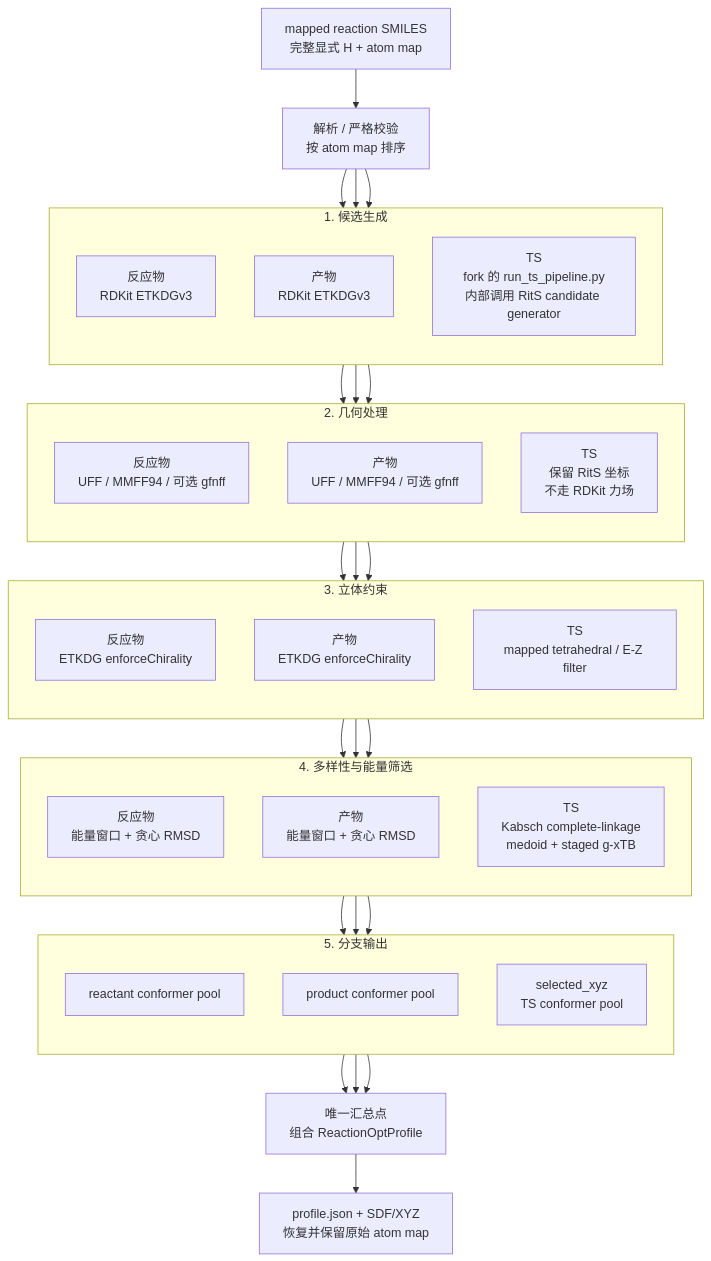
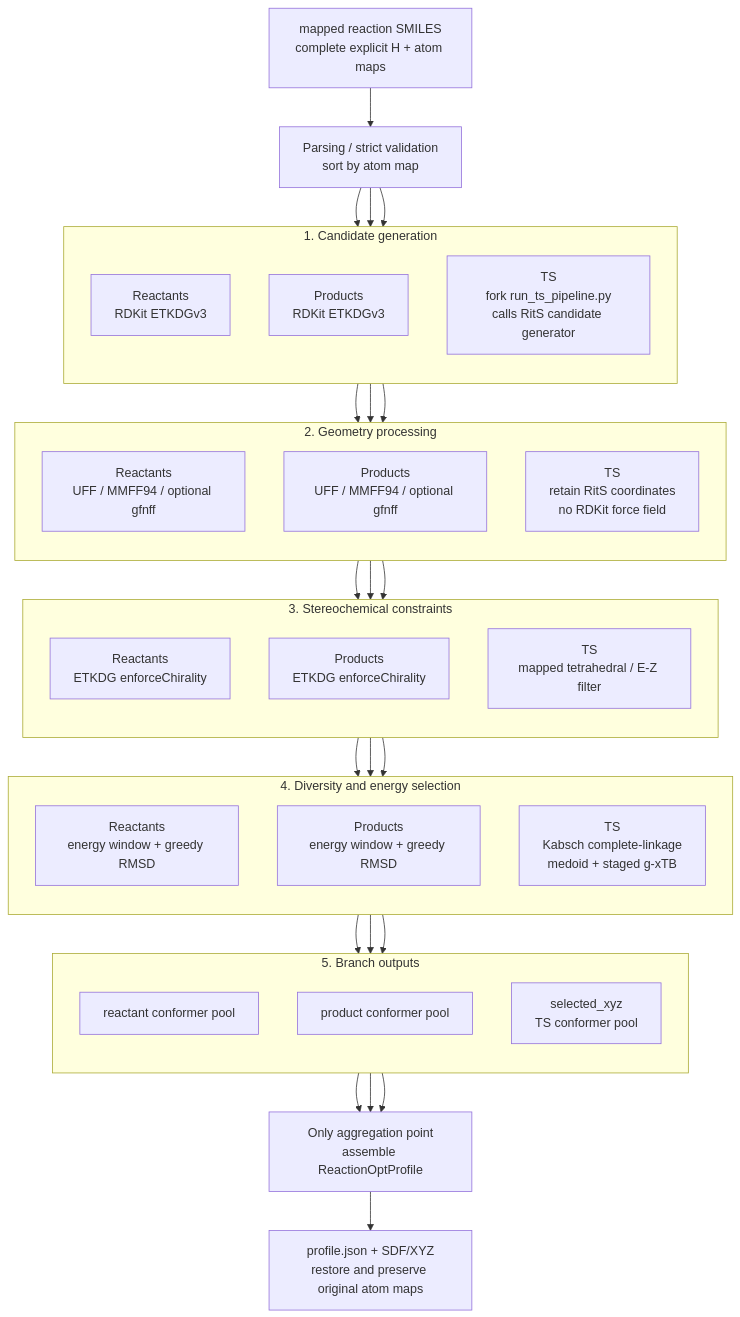
The diagram in packages/tricycle-reactionopt/README.md (gentle1999/TriCycle), drawn with Mermaid before and after one commit. The commit also changed other lines of this file and 158 other files, not shown here.

````diff
--- a/packages/tricycle-reactionopt/README.md
+++ b/packages/tricycle-reactionopt/README.md
@@ -46,52 +46,52 @@
 ```mermaid
 flowchart TD
-    A["mapped reaction SMILES<br/>完整显式 H + atom map"] --> B["解析 / 严格校验<br/>按 atom map 排序"]
+    A["mapped reaction SMILES<br/>complete explicit H + atom maps"] --> B["Parsing / strict validation<br/>sort by atom map"]
 
-    subgraph GEN["1. 候选生成"]
+    subgraph GEN["1. Candidate generation"]
         direction TB
-        R1["反应物<br/>RDKit ETKDGv3"]
-        P1["产物<br/>RDKit ETKDGv3"]
-        T1["TS<br/>fork 的 run_ts_pipeline.py<br/>内部调用 RitS candidate generator"]
+        R1["Reactants<br/>RDKit ETKDGv3"]
+        P1["Products<br/>RDKit ETKDGv3"]
+        T1["TS<br/>fork run_ts_pipeline.py<br/>calls RitS candidate generator"]
     end
 
-    subgraph GEO["2. 几何处理"]
+    subgraph GEO["2. Geometry processing"]
         direction TB
-        R2["反应物<br/>UFF / MMFF94 / 可选 gfnff"]
-        P2["产物<br/>UFF / MMFF94 / 可选 gfnff"]
-        T2["TS<br/>保留 RitS 坐标<br/>不走 RDKit 力场"]
+        R2["Reactants<br/>UFF / MMFF94 / optional gfnff"]
+        P2["Products<br/>UFF / MMFF94 / optional gfnff"]
+        T2["TS<br/>retain RitS coordinates<br/>no RDKit force field"]
     end
 
-    subgraph STEREO["3. 立体约束"]
+    subgraph STEREO["3. Stereochemical constraints"]
         direction TB
-        R3["反应物<br/>ETKDG enforceChirality"]
-        P3["产物<br/>ETKDG enforceChirality"]
+        R3["Reactants<br/>ETKDG enforceChirality"]
+        P3["Products<br/>ETKDG enforceChirality"]
         T3["TS<br/>mapped tetrahedral / E-Z filter"]
     end
 
-    subgraph SELECT["4. 多样性与能量筛选"]
+    subgraph SELECT["4. Diversity and energy selection"]
         direction TB
-        R4["反应物<br/>能量窗口 + 贪心 RMSD"]
-        P4["产物<br/>能量窗口 + 贪心 RMSD"]
+        R4["Reactants<br/>energy window + greedy RMSD"]
+        P4["Products<br/>energy window + greedy RMSD"]
         T4["TS<br/>Kabsch complete-linkage<br/>medoid + staged g-xTB"]
     end
 
-    subgraph POOL["5. 分支输出"]
+    subgraph POOL["5. Branch outputs"]
         direction TB
         R5["reactant conformer pool"]
         P5["product conformer pool"]
         T5["selected_xyz<br/>TS conformer pool"]
     end
 
     B --> R1
     B --> P1
     B --> T1
 
     R1 --> R2 --> R3 --> R4 --> R5
     P1 --> P2 --> P3 --> P4 --> P5
     T1 --> T2 --> T3 --> T4 --> T5
 
-    R5 --> Z["唯一汇总点<br/>组合 ReactionOptProfile"]
+    R5 --> Z["Only aggregation point<br/>assemble ReactionOptProfile"]
     P5 --> Z
     T5 --> Z
-    Z --> O["profile.json + SDF/XYZ<br/>恢复并保留原始 atom map"]
+    Z --> O["profile.json + SDF/XYZ<br/>restore and preserve original atom maps"]
 ```
````
